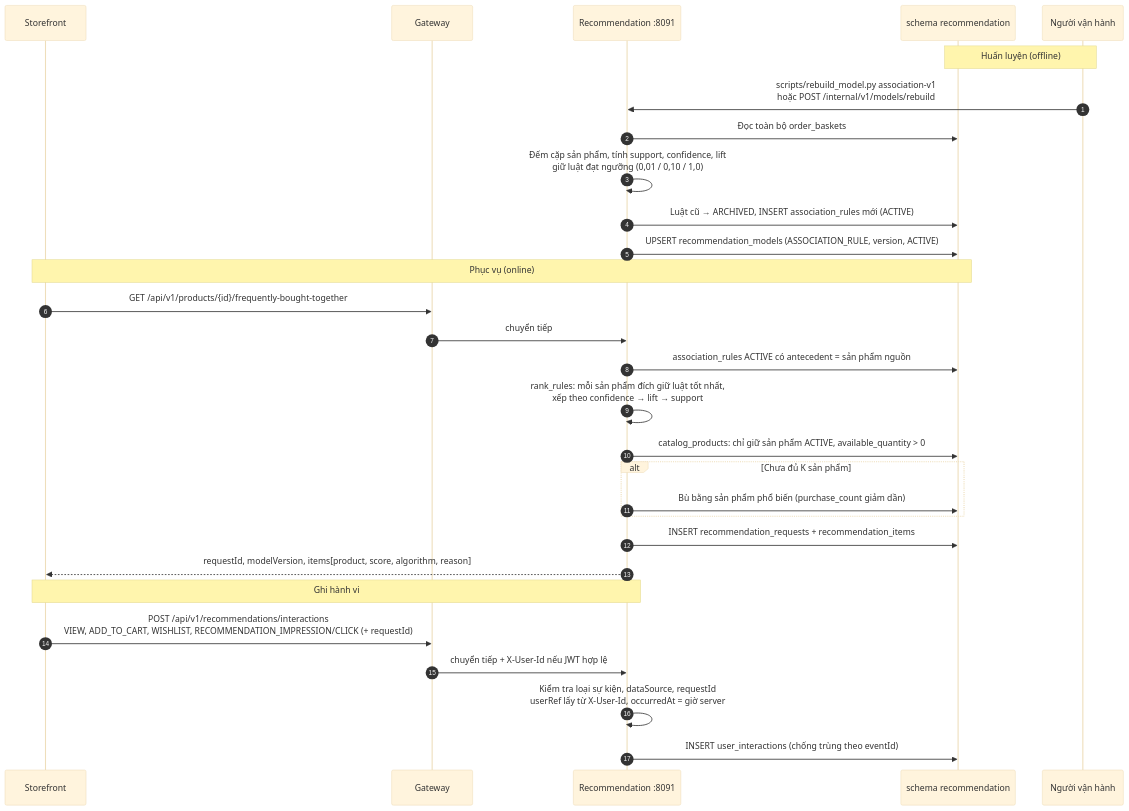
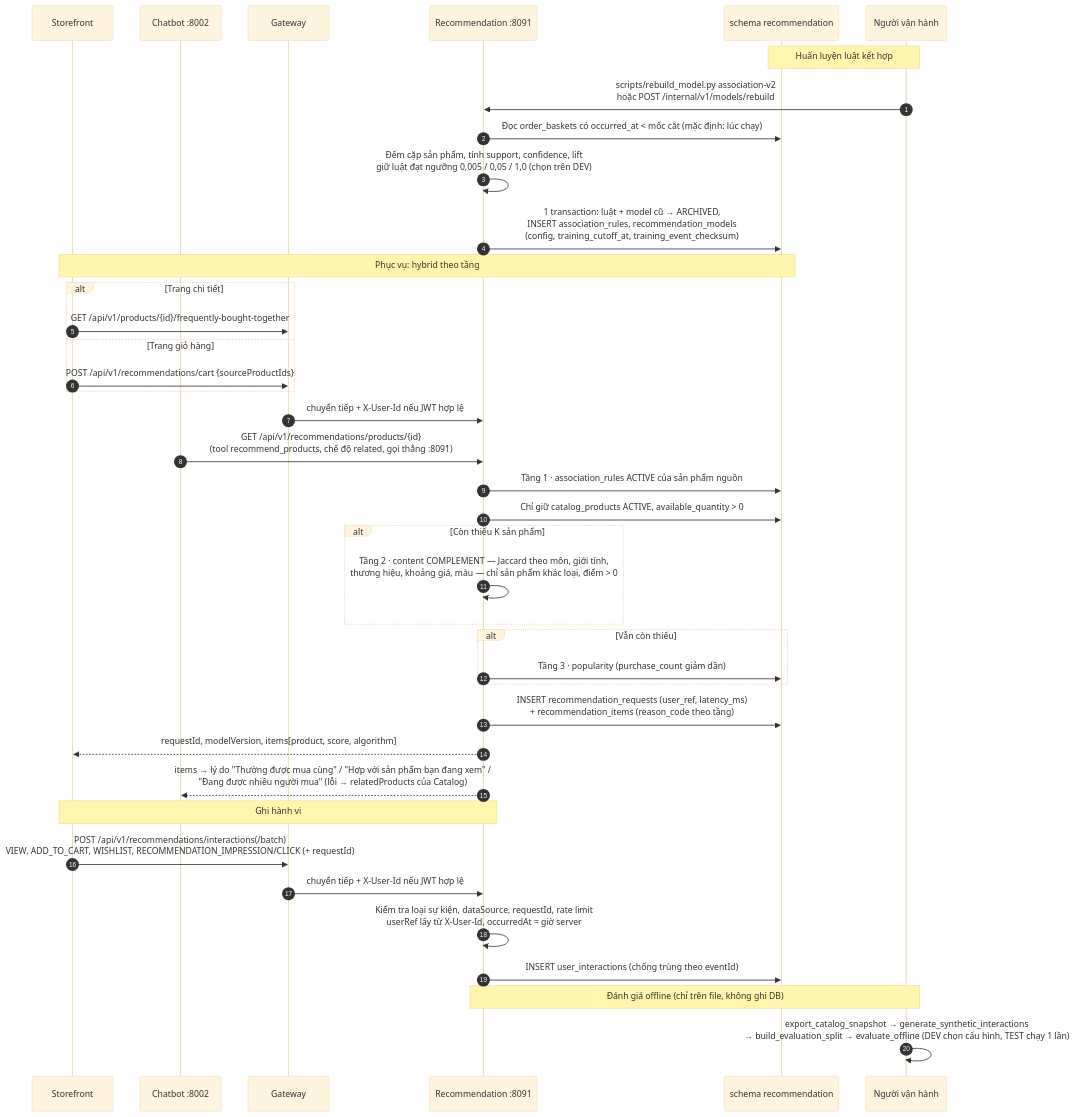
One commit to ThanhHaipear/smart_sportwear_shop changed the diagram in docs/overview/workflow/11-recommendation.mmd. Above: the diagram before and after it, drawn with Mermaid (base theme). The commit also changed 11 other files, not shown here.

First line of the commit message:
docs(recommendation): add results tables, demo script and new diagrams

```diff
--- a/docs/overview/workflow/11-recommendation.mmd
+++ b/docs/overview/workflow/11-recommendation.mmd
@@ -1,32 +1,43 @@
 sequenceDiagram
     autonumber
     participant SF as Storefront
+    participant CB as Chatbot :8002
     participant GW as Gateway
     participant RE as Recommendation :8091
     participant DB as schema recommendation
     participant OP as Người vận hành
 
-    Note over OP,DB: Huấn luyện (offline)
-    OP->>RE: scripts/rebuild_model.py association-v1<br/>hoặc POST /internal/v1/models/rebuild
-    RE->>DB: Đọc toàn bộ order_baskets
-    RE->>RE: Đếm cặp sản phẩm, tính support, confidence, lift<br/>giữ luật đạt ngưỡng (0,01 / 0,10 / 1,0)
-    RE->>DB: Luật cũ → ARCHIVED, INSERT association_rules mới (ACTIVE)
-    RE->>DB: UPSERT recommendation_models (ASSOCIATION_RULE, version, ACTIVE)
+    Note over OP,DB: Huấn luyện luật kết hợp
+    OP->>RE: scripts/rebuild_model.py association-v2<br/>hoặc POST /internal/v1/models/rebuild
+    RE->>DB: Đọc order_baskets có occurred_at < mốc cắt (mặc định: lúc chạy)
+    RE->>RE: Đếm cặp sản phẩm, tính support, confidence, lift<br/>giữ luật đạt ngưỡng 0,005 / 0,05 / 1,0 (chọn trên DEV)
+    RE->>DB: 1 transaction: luật + model cũ → ARCHIVED,<br/>INSERT association_rules, recommendation_models<br/>(config, training_cutoff_at, training_event_checksum)
 
-    Note over SF,DB: Phục vụ (online)
-    SF->>GW: GET /api/v1/products/{id}/frequently-bought-together
-    GW->>RE: chuyển tiếp
-    RE->>DB: association_rules ACTIVE có antecedent = sản phẩm nguồn
-    RE->>RE: rank_rules: mỗi sản phẩm đích giữ luật tốt nhất,<br/>xếp theo confidence → lift → support
-    RE->>DB: catalog_products: chỉ giữ sản phẩm ACTIVE, available_quantity > 0
-    alt Chưa đủ K sản phẩm
-        RE->>DB: Bù bằng sản phẩm phổ biến (purchase_count giảm dần)
+    Note over SF,DB: Phục vụ: hybrid theo tầng
+    alt Trang chi tiết
+        SF->>GW: GET /api/v1/products/{id}/frequently-bought-together
+    else Trang giỏ hàng
+        SF->>GW: POST /api/v1/recommendations/cart {sourceProductIds}
     end
-    RE->>DB: INSERT recommendation_requests + recommendation_items
-    RE-->>SF: requestId, modelVersion, items[product, score, algorithm, reason]
+    GW->>RE: chuyển tiếp + X-User-Id nếu JWT hợp lệ
+    CB->>RE: GET /api/v1/recommendations/products/{id}<br/>(tool recommend_products, chế độ related, gọi thẳng :8091)
+    RE->>DB: Tầng 1 · association_rules ACTIVE của sản phẩm nguồn
+    RE->>DB: Chỉ giữ catalog_products ACTIVE, available_quantity > 0
+    alt Còn thiếu K sản phẩm
+        RE->>RE: Tầng 2 · content COMPLEMENT — Jaccard theo môn, giới tính,<br/>thương hiệu, khoảng giá, màu — chỉ sản phẩm khác loại, điểm > 0
+    end
+    alt Vẫn còn thiếu
+        RE->>DB: Tầng 3 · popularity (purchase_count giảm dần)
+    end
+    RE->>DB: INSERT recommendation_requests (user_ref, latency_ms)<br/>+ recommendation_items (reason_code theo tầng)
+    RE-->>SF: requestId, modelVersion, items[product, score, algorithm]
+    RE-->>CB: items → lý do "Thường được mua cùng" / "Hợp với sản phẩm bạn đang xem" /<br/>"Đang được nhiều người mua" (lỗi → relatedProducts của Catalog)
 
     Note over SF,RE: Ghi hành vi
-    SF->>GW: POST /api/v1/recommendations/interactions<br/>VIEW, ADD_TO_CART, WISHLIST, RECOMMENDATION_IMPRESSION/CLICK (+ requestId)
+    SF->>GW: POST /api/v1/recommendations/interactions(/batch)<br/>VIEW, ADD_TO_CART, WISHLIST, RECOMMENDATION_IMPRESSION/CLICK (+ requestId)
     GW->>RE: chuyển tiếp + X-User-Id nếu JWT hợp lệ
-    RE->>RE: Kiểm tra loại sự kiện, dataSource, requestId<br/>userRef lấy từ X-User-Id, occurredAt = giờ server
+    RE->>RE: Kiểm tra loại sự kiện, dataSource, requestId, rate limit<br/>userRef lấy từ X-User-Id, occurredAt = giờ server
     RE->>DB: INSERT user_interactions (chống trùng theo eventId)
+
+    Note over OP,RE: Đánh giá offline (chỉ trên file, không ghi DB)
+    OP->>OP: export_catalog_snapshot → generate_synthetic_interactions<br/>→ build_evaluation_split → evaluate_offline (DEV chọn cấu hình, TEST chạy 1 lần)
```
